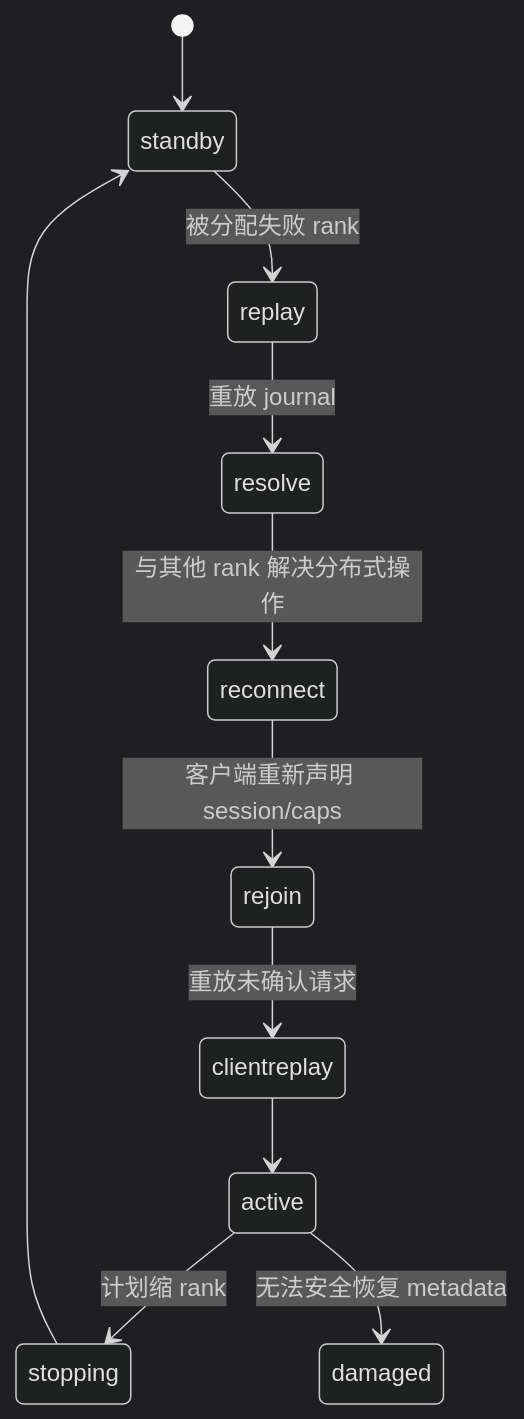
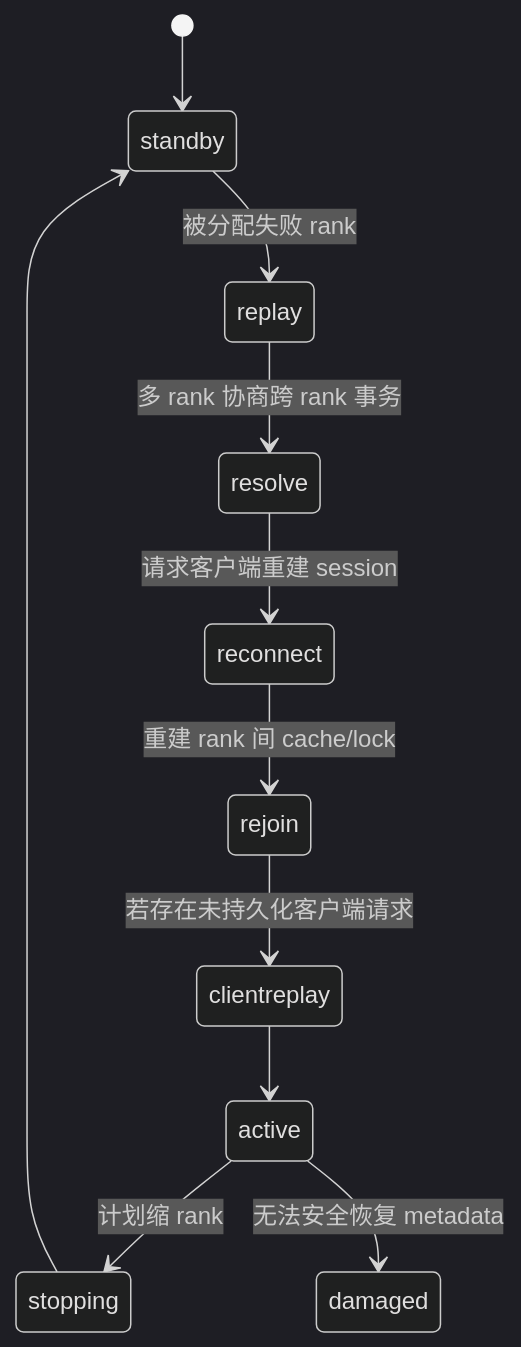
Before and after one commit to brinnatt/kubeauto: the second of 14 diagrams in docs/storage/ceph/04-cephfs.md, drawn with Mermaid (dark theme). The commit also changed other lines of this file and 1 other file, not shown here.

````diff
--- a/docs/storage/ceph/04-cephfs.md
+++ b/docs/storage/ceph/04-cephfs.md
@@ -45,13 +45,13 @@
 ```mermaid
 stateDiagram-v2
   [*] --> standby
   standby --> replay: 被分配失败 rank
-  replay --> resolve: 重放 journal
-  resolve --> reconnect: 与其他 rank 解决分布式操作
-  reconnect --> rejoin: 客户端重新声明 session/caps
-  rejoin --> clientreplay: 重放未确认请求
+  replay --> resolve: 多 rank 协商跨 rank 事务
+  resolve --> reconnect: 请求客户端重建 session
+  reconnect --> rejoin: 重建 rank 间 cache/lock
+  rejoin --> clientreplay: 若存在未持久化客户端请求
   clientreplay --> active
   active --> stopping: 计划缩 rank
   stopping --> standby
   active --> damaged: 无法安全恢复 metadata
 ```
````
